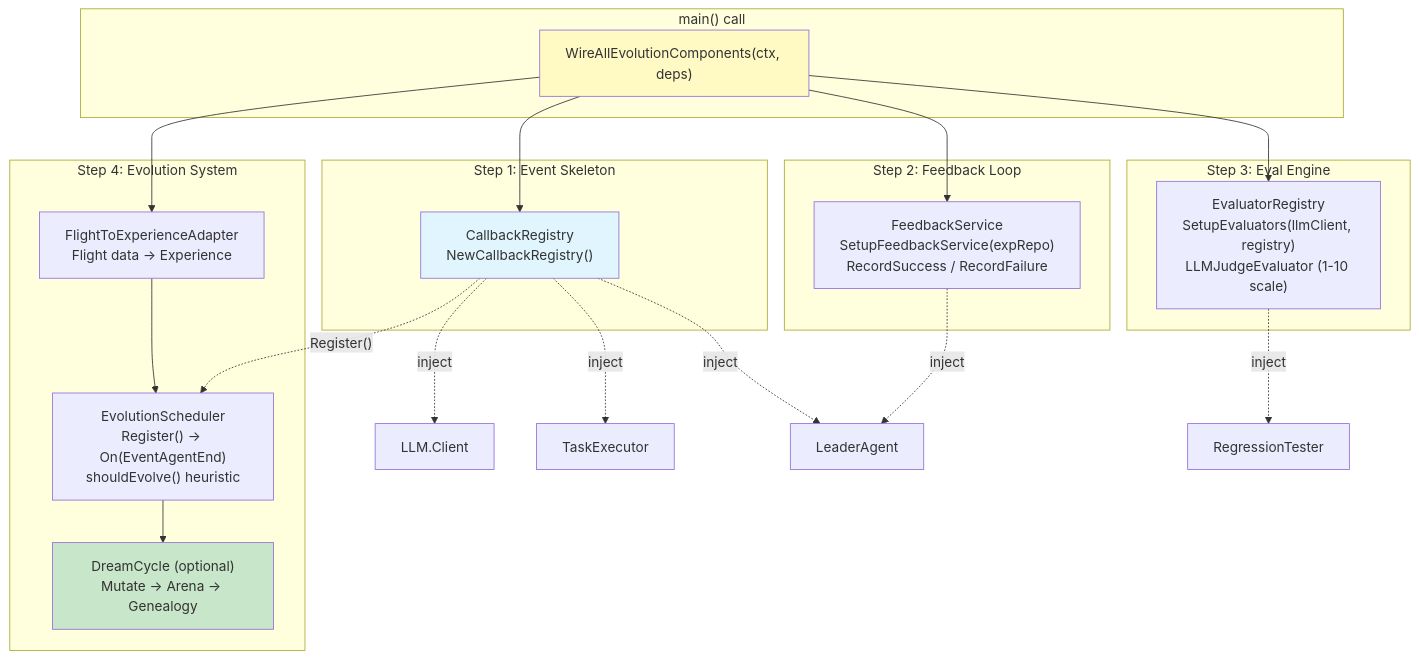
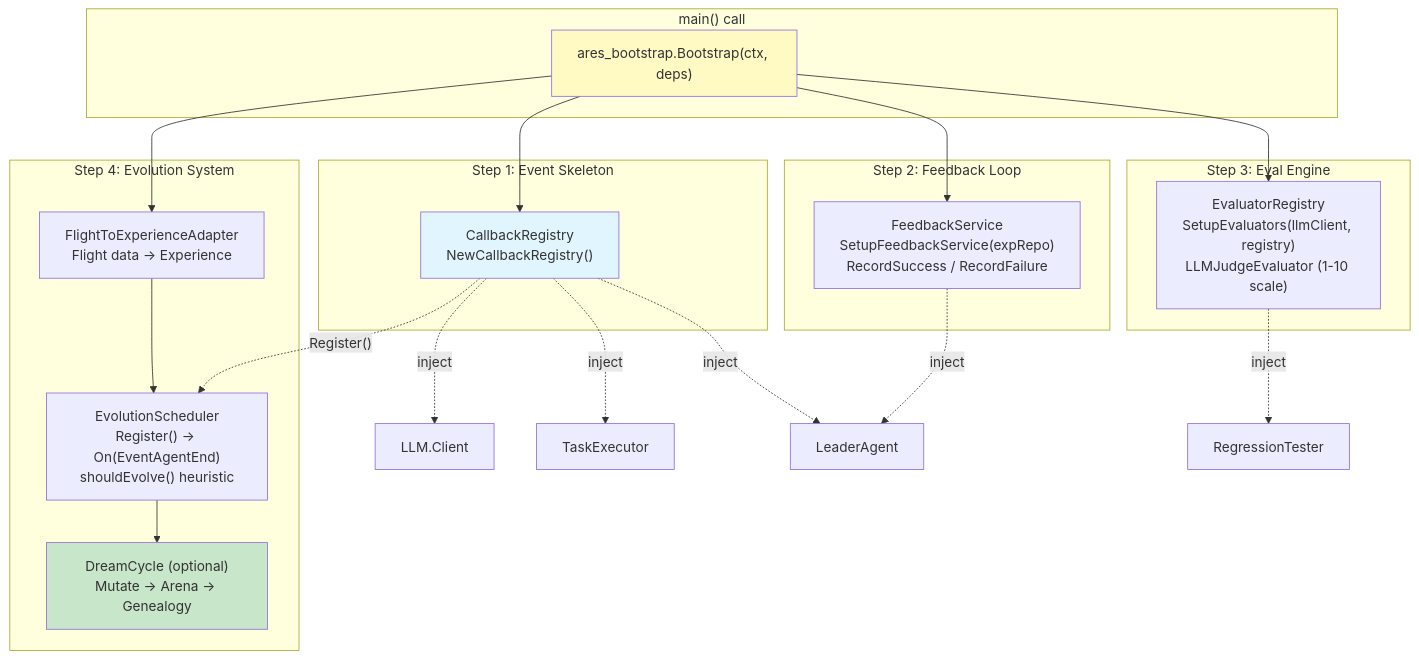
The third of 4 diagrams in docs/articles/en/autonomous-evolution-deep-dive.md (Timwood0x10/ARES), drawn with Mermaid before and after one commit. The commit also changed other lines of this file and 12 other files, not shown here.

Commit message:
refactor(ares_bootstrap): add unified component wiring hub

````diff
--- a/docs/articles/en/autonomous-evolution-deep-dive.md
+++ b/docs/articles/en/autonomous-evolution-deep-dive.md
@@ -626,42 +626,42 @@
 ```mermaid
 graph TB
     subgraph "main() call"
-        MAIN["WireAllEvolutionComponents(ctx, deps)"]
+        MAIN["ares_bootstrap.Bootstrap(ctx, deps)"]
     end
 
     subgraph "Step 1: Event Skeleton"
         CR["CallbackRegistry<br/>NewCallbackRegistry()"]
     end
 
     subgraph "Step 2: Feedback Loop"
         FS["FeedbackService<br/>SetupFeedbackService(expRepo)<br/>RecordSuccess / RecordFailure"]
     end
 
     subgraph "Step 3: Eval Engine"
         ER["EvaluatorRegistry<br/>SetupEvaluators(llmClient, registry)<br/>LLMJudgeEvaluator (1-10 scale)"]
     end
 
     subgraph "Step 4: Evolution System"
         ADAPTER["FlightToExperienceAdapter<br/>Flight data -> Experience"]
         SCHEDULER["EvolutionScheduler<br/>Register() -> On(EventAgentEnd)<br/>shouldEvolve() heuristic"]
         DREAM["DreamCycle (optional)<br/>Mutate -> Arena -> Genealogy"]
         ADAPTER --> SCHEDULER
         SCHEDULER --> DREAM
     end
 
     MAIN --> CR
     MAIN --> FS
     MAIN --> ER
     MAIN --> ADAPTER
 
     CR -.-> |"inject"| AGENT1["LLM.Client"]
     CR -.-> |"inject"| AGENT2["TaskExecutor"]
     CR -.-> |"inject"| AGENT3["LeaderAgent"]
     CR -.-> |"Register()"| SCHEDULER
     FS -.-> |"inject"| AGENT3
     ER -.-> |"inject"| ARENA["RegressionTester"]
 
     style MAIN fill:#fff9c4
     style CR fill:#e1f5fe
     style DREAM fill:#c8e6c9
 ```
````
